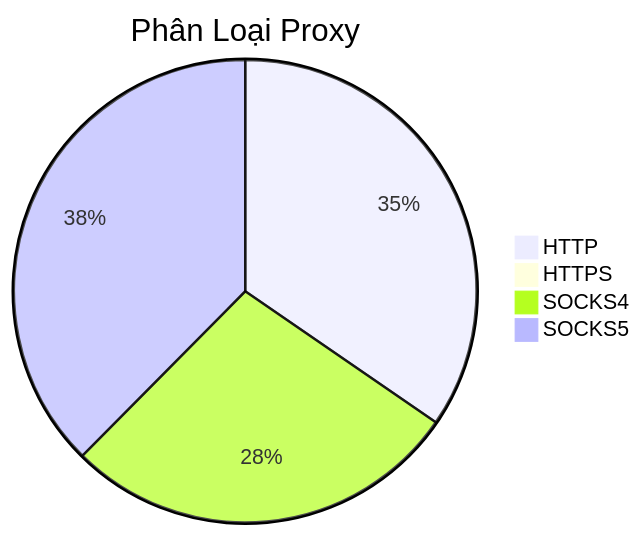
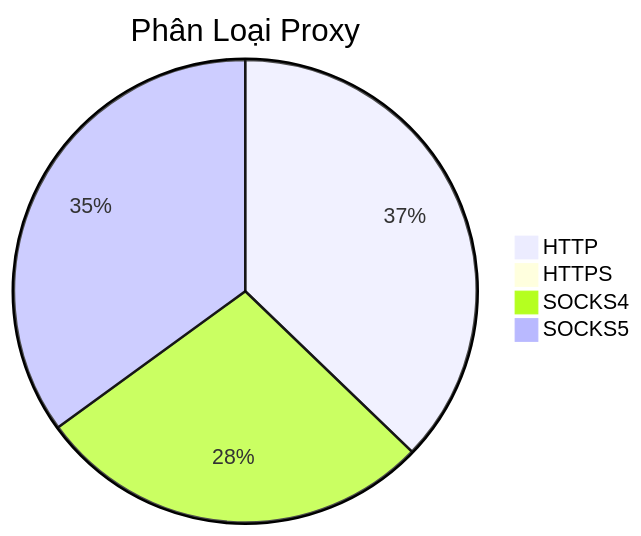
Before and after one commit to Ciara-12/PROXY-free: the diagram in README.md, drawn with Mermaid. The commit also changed other lines of this file and 4 other files, not shown here.

````diff
--- a/README.md
+++ b/README.md
@@ -26,7 +26,7 @@
 ```mermaid
 pie title Phân Loại Proxy
-    "HTTP" : 394
-    "HTTPS" : 2
-    "SOCKS4" : 317
-    "SOCKS5" : 428
+    "HTTP" : 459
+    "HTTPS" : 0
+    "SOCKS4" : 343
+    "SOCKS5" : 432
 ```
````
